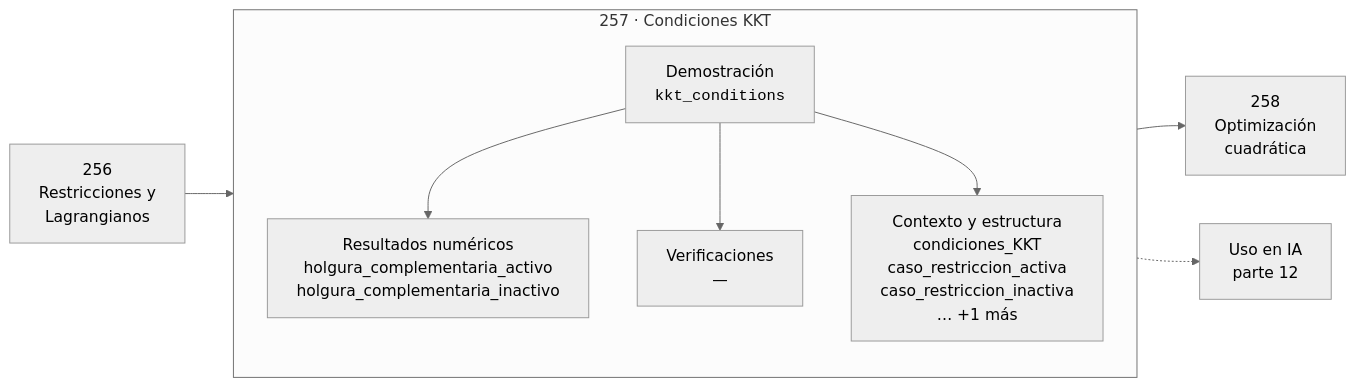
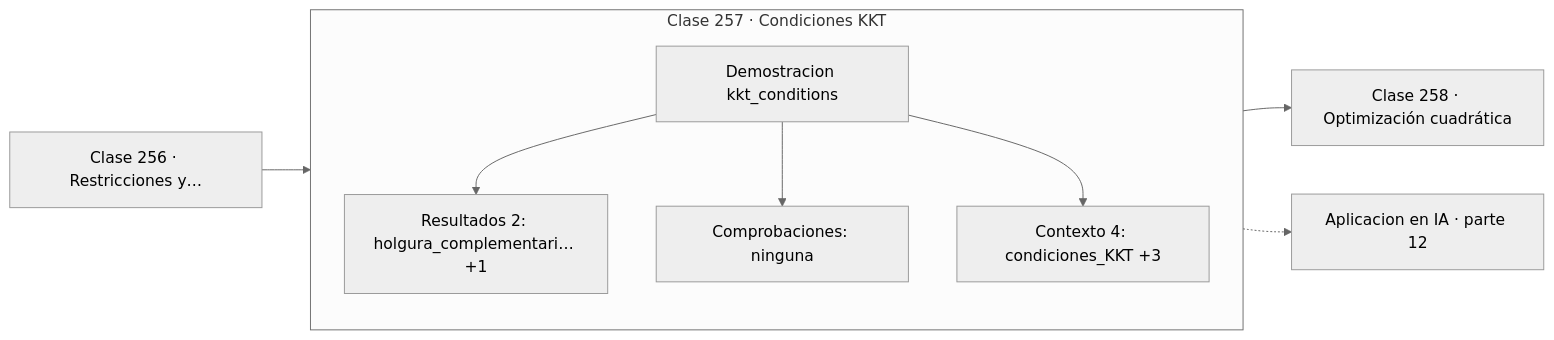
Before and after one commit to vladimiracunadev-create/computational-mathematics-program: the diagram in classes/part-12-optimizacion-matematica-y-computacional/257-condiciones-kkt/README.md, drawn with Mermaid (neutral theme). The commit also changed 389 other files, not shown here.

First line of the commit message:
fix(diagramas): elimina el HTML de las etiquetas Mermaid

````diff
--- a/classes/part-12-optimizacion-matematica-y-computacional/257-condiciones-kkt/README.md
+++ b/classes/part-12-optimizacion-matematica-y-computacional/257-condiciones-kkt/README.md
@@ -30,12 +30,13 @@
 ```mermaid
 flowchart LR
-    P["256<br/>Restricciones y<br/>Lagrangianos"] --> C
-    subgraph C["257 · Condiciones KKT"]
+    P["Clase 256 · Restricciones y…"] --> D
+    subgraph CLASE["Clase 257 · Condiciones KKT"]
         direction TB
-        D["Demostración<br/><code>kkt_conditions</code>"] --> R["Resultados numéricos<br/>holgura_complementaria_activo<br/>holgura_complementaria_inactivo"]
-        D --> V["Verificaciones<br/>—"]
-        D --> O["Contexto y estructura<br/>condiciones_KKT<br/>caso_restriccion_activa<br/>caso_restriccion_inactiva<br/>… +1 más"]
+        D["Demostracion kkt_conditions"]
+        D --> R["Resultados 2: holgura_complementari… +1"]
+        D --> V["Comprobaciones: ninguna"]
+        D --> O["Contexto 4: condiciones_KKT +3"]
     end
-    C --> N["258<br/>Optimización<br/>cuadrática"]
-    C -.-> IA["Uso en IA<br/>parte 12"]
+    R --> N["Clase 258 · Optimización cuadrática"]
+    V -.-> IA["Aplicacion en IA · parte 12"]
 ```
````
